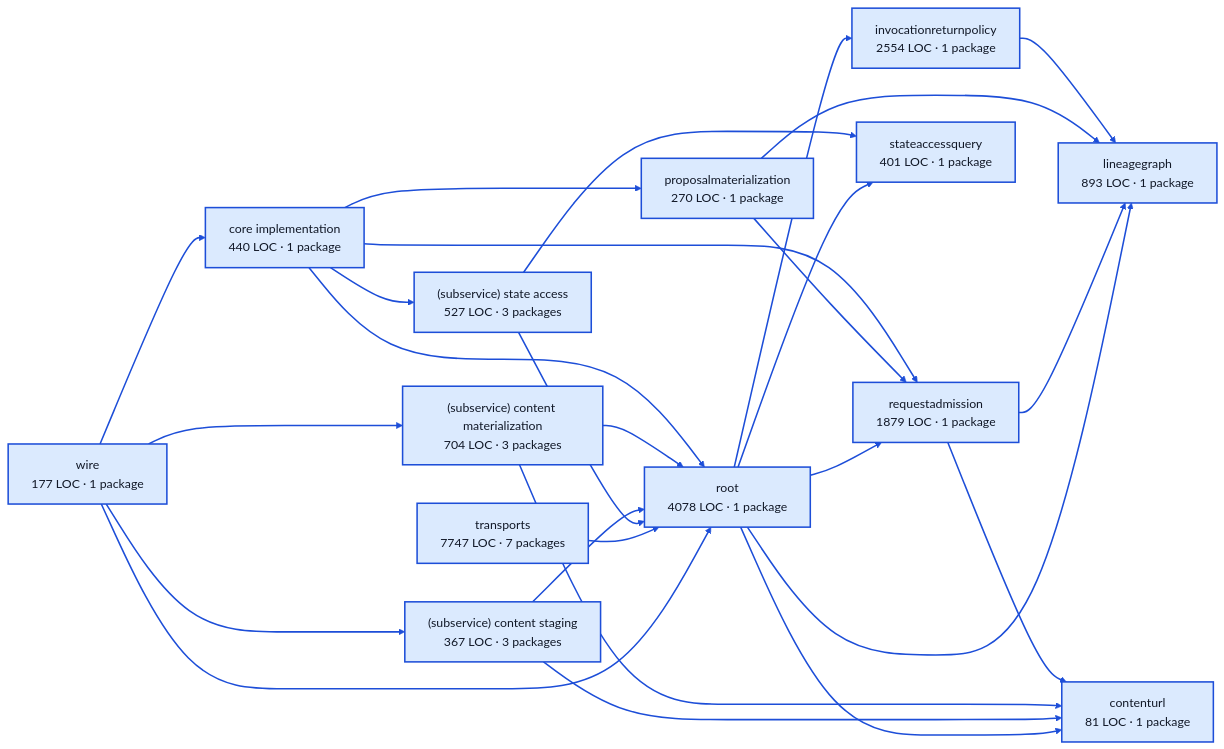
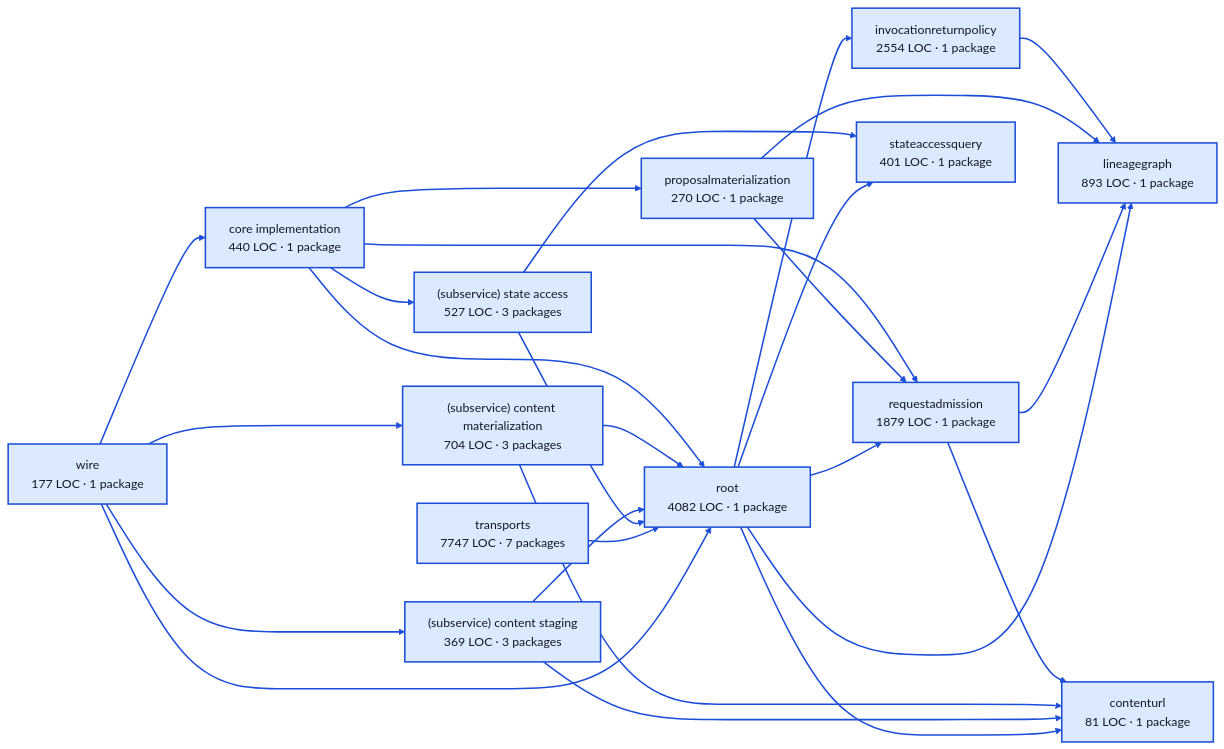
One commit to portpowered/you-agent-factory changed the diagram in docs/architecture/visualizations/services/work.md. Above: the diagram before and after it, drawn with Mermaid (forest theme). The commit also changed other lines of this file and 20 other files, not shown here.

Commit message:
docs: refresh backend architecture visualizations

````diff
--- a/docs/architecture/visualizations/services/work.md
+++ b/docs/architecture/visualizations/services/work.md
@@ -11,55 +11,55 @@
 ```mermaid
 flowchart LR
   p0["core implementation<br/>440 LOC · 1 package"]
   p1["contenturl<br/>81 LOC · 1 package"]
   p2["invocationreturnpolicy<br/>2554 LOC · 1 package"]
   p3["lineagegraph<br/>893 LOC · 1 package"]
   p4["proposalmaterialization<br/>270 LOC · 1 package"]
   p5["requestadmission<br/>1879 LOC · 1 package"]
   p6["(subservice) content materialization<br/>704 LOC · 3 packages"]
-  p7["(subservice) content staging<br/>367 LOC · 3 packages"]
+  p7["(subservice) content staging<br/>369 LOC · 3 packages"]
   p8["(subservice) state access<br/>527 LOC · 3 packages"]
   p9["stateaccessquery<br/>401 LOC · 1 package"]
-  p10["root<br/>4078 LOC · 1 package"]
+  p10["root<br/>4082 LOC · 1 package"]
   p11["transports<br/>7747 LOC · 7 packages"]
   p12["wire<br/>177 LOC · 1 package"]
   p0 --> p4
   p0 --> p5
   p0 --> p8
   p0 --> p10
   p2 --> p3
   p4 --> p3
   p4 --> p5
   p5 --> p1
   p5 --> p3
   p6 --> p1
   p6 --> p10
   p7 --> p1
   p7 --> p10
   p8 --> p9
   p8 --> p10
   p10 --> p1
   p10 --> p2
   p10 --> p3
   p10 --> p5
   p10 --> p9
   p11 --> p10
   p12 --> p0
   p12 --> p6
   p12 --> p7
   p12 --> p10
   style p0 fill:#dbeafe,stroke:#1d4ed8,stroke-width:2px,color:#111827
   style p1 fill:#dbeafe,stroke:#1d4ed8,stroke-width:2px,color:#111827
   style p2 fill:#dbeafe,stroke:#1d4ed8,stroke-width:2px,color:#111827
   style p3 fill:#dbeafe,stroke:#1d4ed8,stroke-width:2px,color:#111827
   style p4 fill:#dbeafe,stroke:#1d4ed8,stroke-width:2px,color:#111827
   style p5 fill:#dbeafe,stroke:#1d4ed8,stroke-width:2px,color:#111827
   style p6 fill:#dbeafe,stroke:#1d4ed8,stroke-width:2px,color:#111827
   style p7 fill:#dbeafe,stroke:#1d4ed8,stroke-width:2px,color:#111827
   style p8 fill:#dbeafe,stroke:#1d4ed8,stroke-width:2px,color:#111827
   style p9 fill:#dbeafe,stroke:#1d4ed8,stroke-width:2px,color:#111827
   style p10 fill:#dbeafe,stroke:#1d4ed8,stroke-width:2px,color:#111827
   style p11 fill:#dbeafe,stroke:#1d4ed8,stroke-width:2px,color:#111827
   style p12 fill:#dbeafe,stroke:#1d4ed8,stroke-width:2px,color:#111827
   linkStyle default stroke:#1d4ed8,stroke-width:2px
 ```
````
